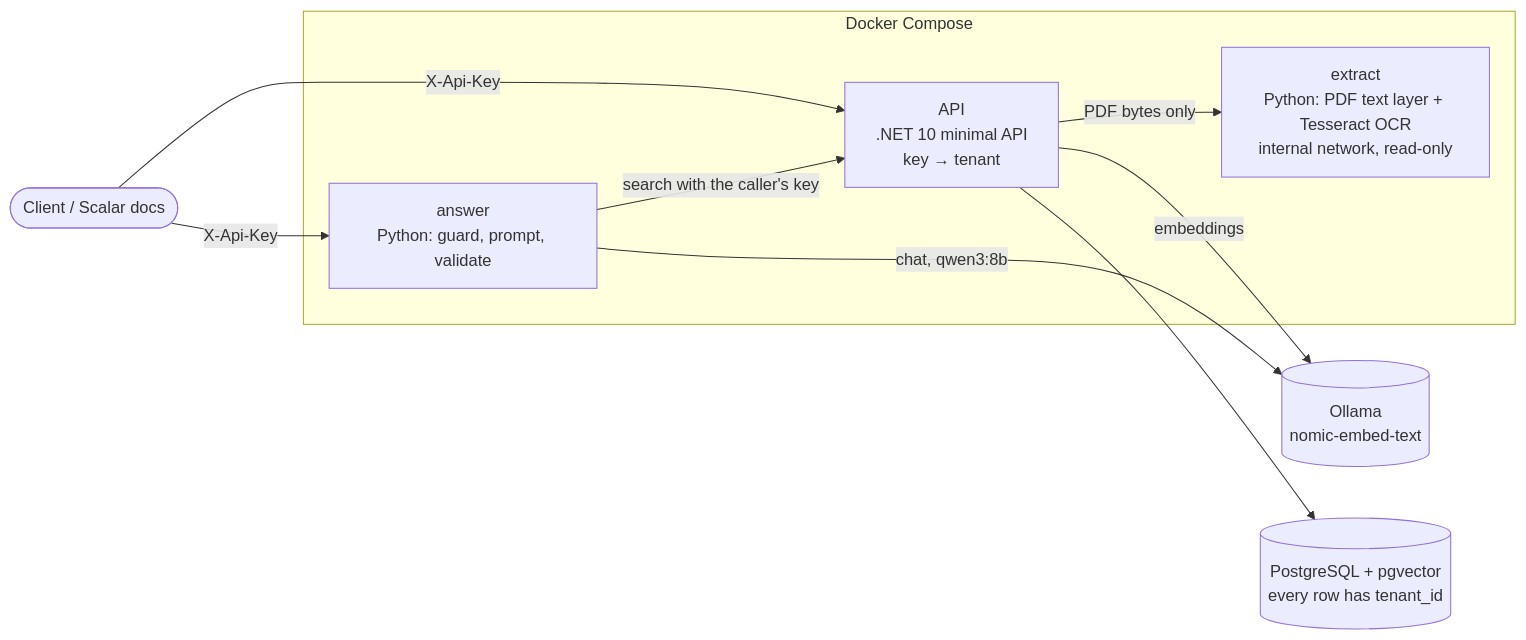
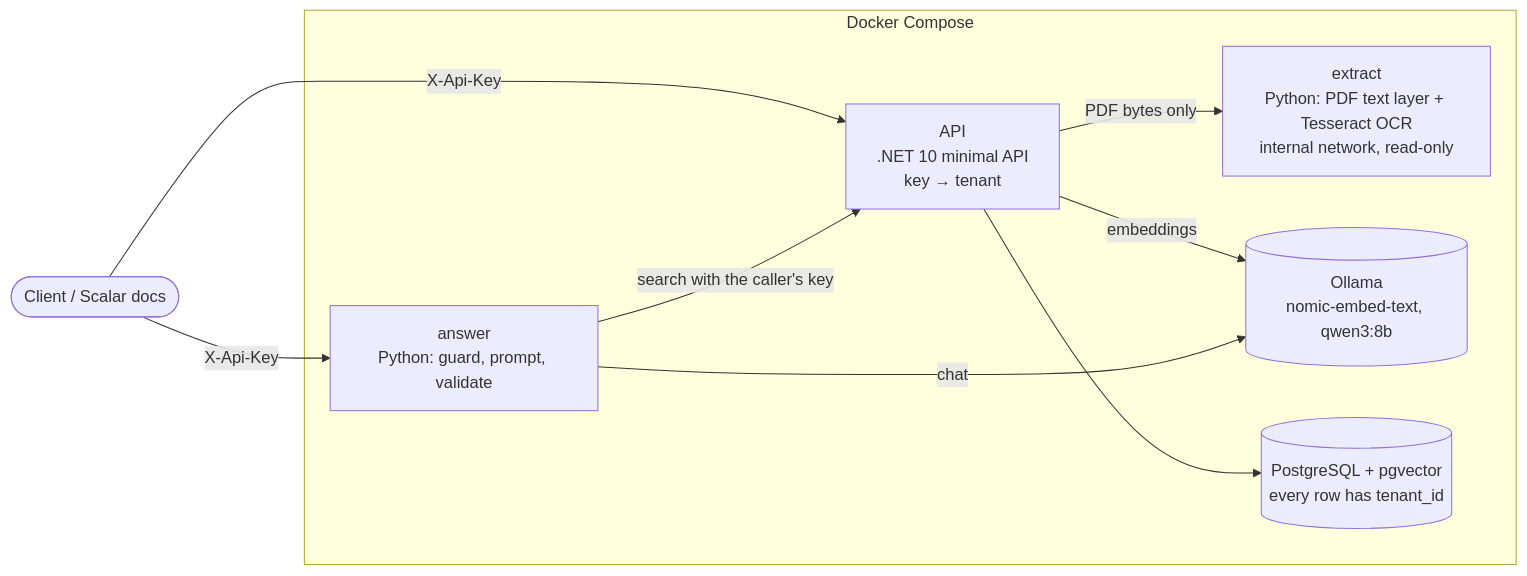
The diagram in README.md (MichelAbdelmalek/freightrag), drawn with Mermaid before and after one commit. The commit also changed other lines of this file and 10 other files, not shown here.

````diff
--- a/README.md
+++ b/README.md
@@ -23,17 +23,19 @@
 ```mermaid
 flowchart LR
     client([Client / Scalar docs]) -->|X-Api-Key| api
     client -->|X-Api-Key| answer
 
     subgraph docker [Docker Compose]
         api["API<br/>.NET 10 minimal API<br/>key → tenant"]
         extract["extract<br/>Python: PDF text layer + Tesseract OCR<br/>internal network, read-only"]
         answer["answer<br/>Python: guard, prompt, validate"]
+        ollama[("Ollama<br/>nomic-embed-text, qwen3:8b")]
+        db[("PostgreSQL + pgvector<br/>every row has tenant_id")]
     end
 
     api -->|PDF bytes only| extract
     answer -->|search with the caller's key| api
-    api -->|embeddings| ollama[("Ollama<br/>nomic-embed-text")]
-    answer -->|chat, qwen3:8b| ollama
-    api --> db[("PostgreSQL + pgvector<br/>every row has tenant_id")]
+    api -->|embeddings| ollama
+    answer -->|chat| ollama
+    api --> db
 ```
````
